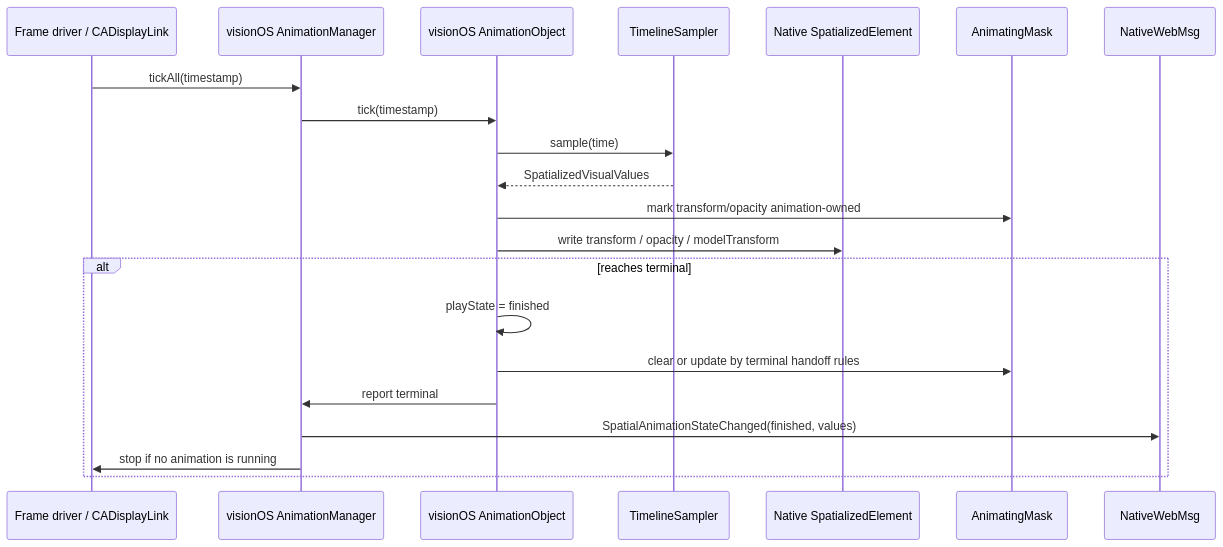
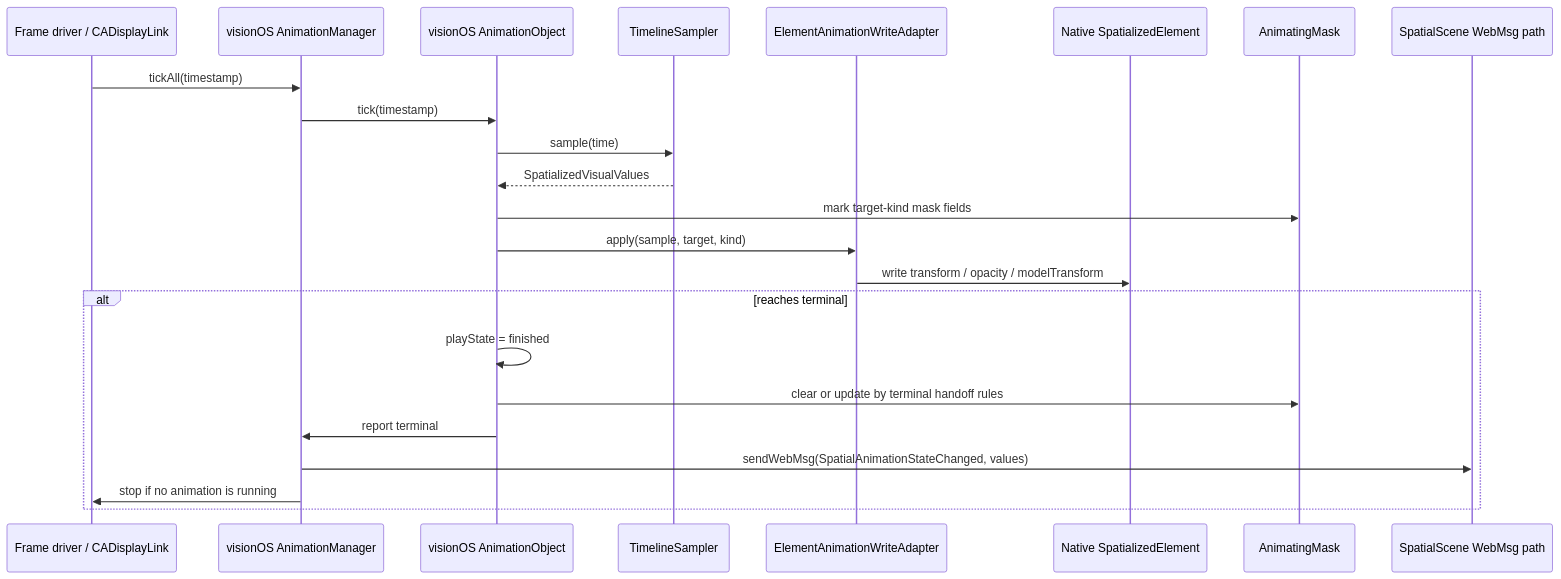
Before and after one commit to webspatial/webspatial-sdk: the fourth of 6 diagrams in openspec/changes/spatialized-element-motion-api/design.zh.md, drawn with Mermaid. The commit also changed other lines of this file, not shown here.

Commit message:
docs: clarify animation object implementation details zh

````diff
--- a/openspec/changes/spatialized-element-motion-api/design.zh.md
+++ b/openspec/changes/spatialized-element-motion-api/design.zh.md
@@ -346,25 +374,27 @@
 ```mermaid
 sequenceDiagram
   participant Driver as Frame driver / CADisplayLink
   participant Manager as visionOS AnimationManager
   participant Obj as visionOS AnimationObject
   participant Sampler as TimelineSampler
+  participant Adapter as ElementAnimationWriteAdapter
   participant Element as Native SpatializedElement
   participant Mask as AnimatingMask
-  participant WebMsg as NativeWebMsg
+  participant Scene as SpatialScene WebMsg path
 
   Driver->>Manager: tickAll(timestamp)
   Manager->>Obj: tick(timestamp)
   Obj->>Sampler: sample(time)
   Sampler-->>Obj: SpatializedVisualValues
-  Obj->>Mask: mark transform/opacity animation-owned
-  Obj->>Element: write transform / opacity / modelTransform
+  Obj->>Mask: mark target-kind mask fields
+  Obj->>Adapter: apply(sample, target, kind)
+  Adapter->>Element: write transform / opacity / modelTransform
 
   alt reaches terminal
     Obj->>Obj: playState = finished
     Obj->>Mask: clear or update by terminal handoff rules
     Obj->>Manager: report terminal
-    Manager->>WebMsg: SpatialAnimationStateChanged(finished, values)
+    Manager->>Scene: sendWebMsg(SpatialAnimationStateChanged, values)
     Manager->>Driver: stop if no animation is running
   end
 ```
````
